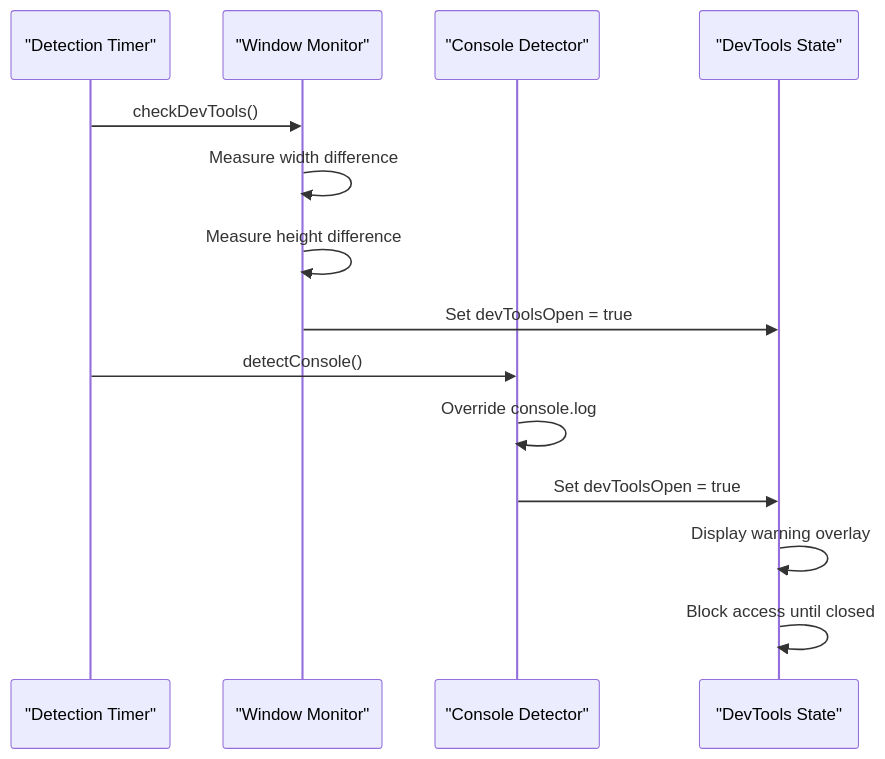
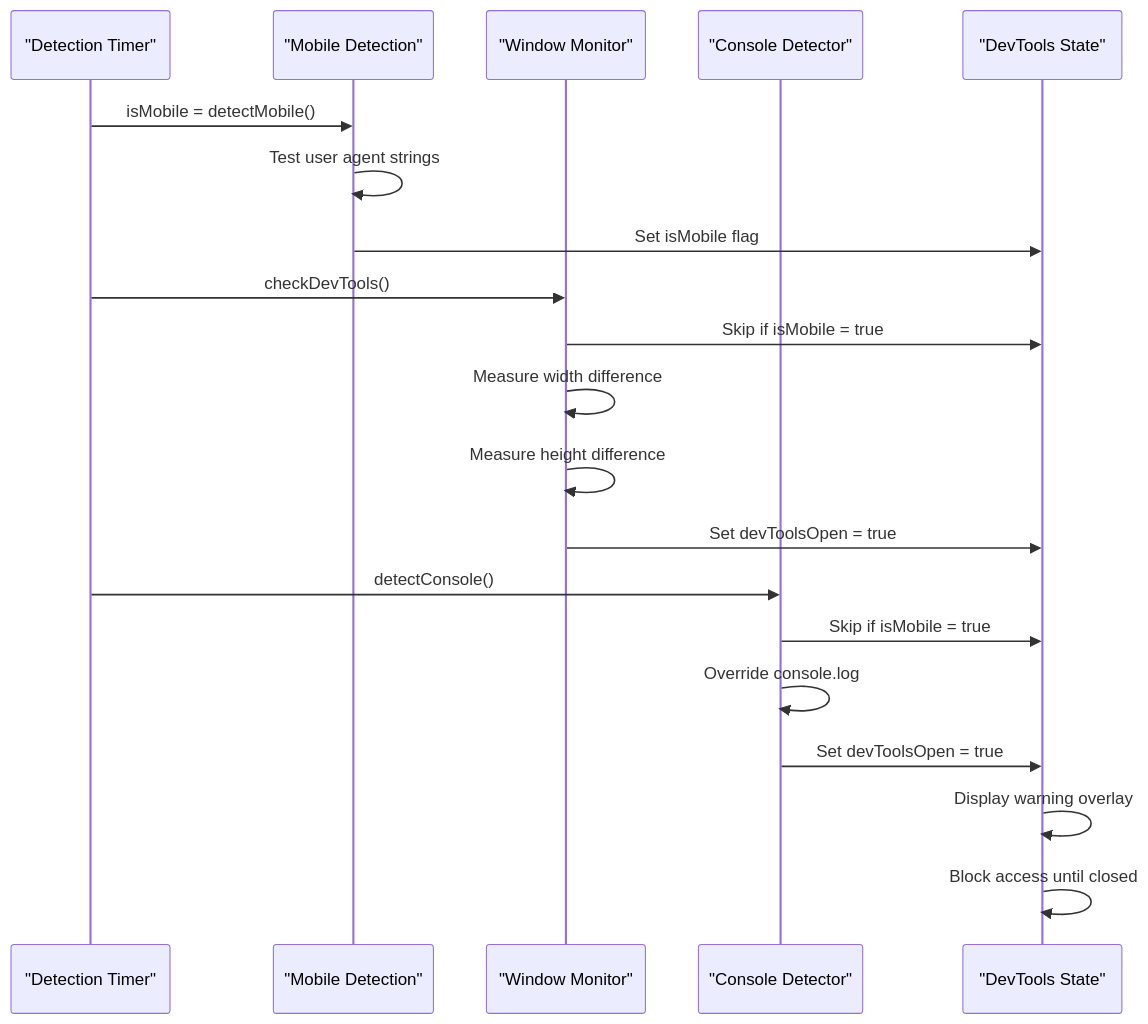
One commit to alikizang/datafrica changed the fourth of 9 diagrams in .qoder/repowiki/en/content/UI Components/Anti-Scraping Security Protection.md. Above: the diagram before and after it, drawn with Mermaid. The commit also changed other lines of this file and 21 other files, not shown here.

````diff
--- a/.qoder/repowiki/en/content/UI Components/Anti-Scraping Security Protection.md
+++ b/.qoder/repowiki/en/content/UI Components/Anti-Scraping Security Protection.md
@@ -143,16 +176,22 @@
 ```mermaid
 sequenceDiagram
 participant Timer as "Detection Timer"
+participant MobileCheck as "Mobile Detection"
 participant Window as "Window Monitor"
 participant Console as "Console Detector"
 participant State as "DevTools State"
+Timer->>MobileCheck : isMobile = detectMobile()
+MobileCheck->>MobileCheck : Test user agent strings
+MobileCheck->>State : Set isMobile flag
 Timer->>Window : checkDevTools()
+Window->>State : Skip if isMobile = true
 Window->>Window : Measure width difference
 Window->>Window : Measure height difference
 Window->>State : Set devToolsOpen = true
 Timer->>Console : detectConsole()
+Console->>State : Skip if isMobile = true
 Console->>Console : Override console.log
 Console->>State : Set devToolsOpen = true
 State->>State : Display warning overlay
 State->>State : Block access until closed
 ```
````
